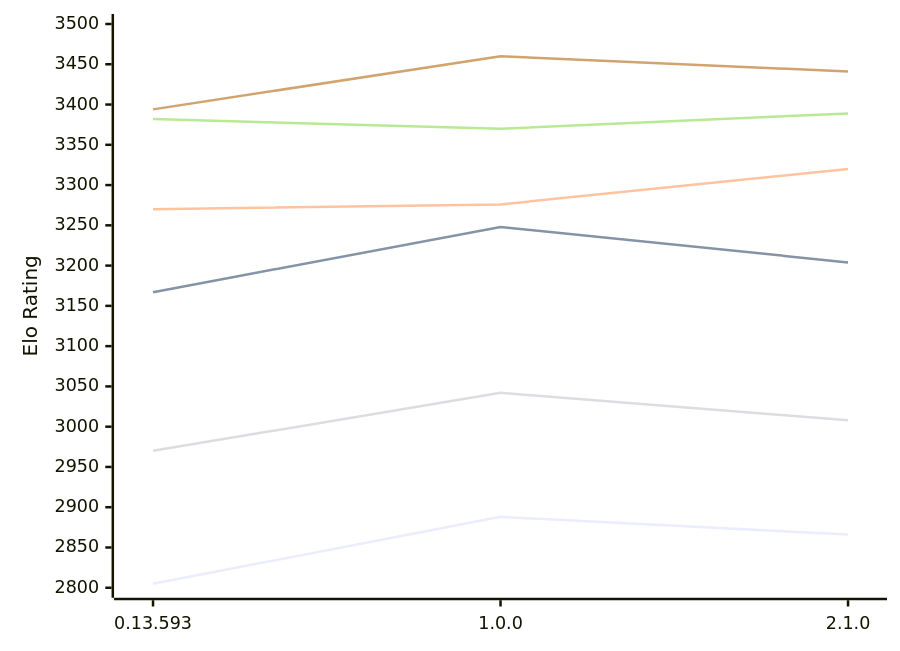
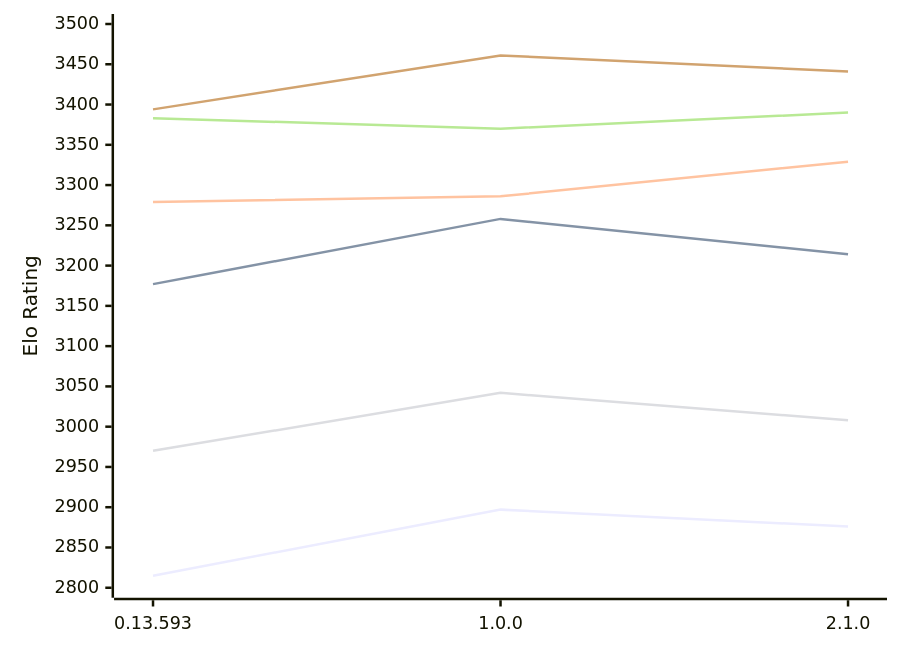
One commit to computer-chess-index/cci changed the diagram in engines/Pawnstar.md. Above: the diagram before and after it, drawn with Mermaid. The commit also changed other lines of this file, not shown here.

Commit message:
Update CCI Ratings (ELO VLTC) - 2026-11-07

````diff
--- a/engines/Pawnstar.md
+++ b/engines/Pawnstar.md
@@ -51,12 +51,12 @@
 ```mermaid
 %%{init: {"theme":"base","themeVariables":{"seriesColors:['#a3a3a3','#222221','#faa371']}}}%%
 xychart-beta
   x-axis ["0.13.593", "1.0.0", "2.1.0"]
   y-axis "Elo Rating" 2800 --> 3500
-  line "E1: STC (8.0+0.08s)" [2805, 2888, 2866]
-  line "E1: LTC (60.0+0.60s)" [3167, 3248, 3204]
-  line "E1: VLTC (2m24s+1.12s)" [3270, 3276, 3320]
+  line "E1: STC (8.0+0.08s)" [2815, 2897, 2876]
+  line "E1: LTC (60.0+0.60s)" [3177, 3258, 3214]
+  line "E1: VLTC (2m24s+1.12s)" [3279, 3286, 3329]
   line "P1: STC (8.0+0.08s)" [2970, 3042, 3008]
-  line "P1: LTC (60.0+0.60s)" [3382, 3370, 3389]
-  line "P1: VLTC (2m24s+1.12s)" [3394, 3460, 3441]
+  line "P1: LTC (60.0+0.60s)" [3383, 3370, 3390]
+  line "P1: VLTC (2m24s+1.12s)" [3394, 3461, 3441]
 ```
````
